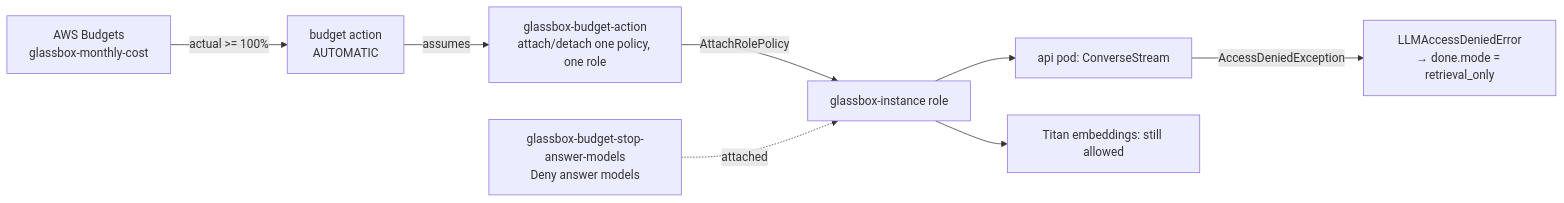
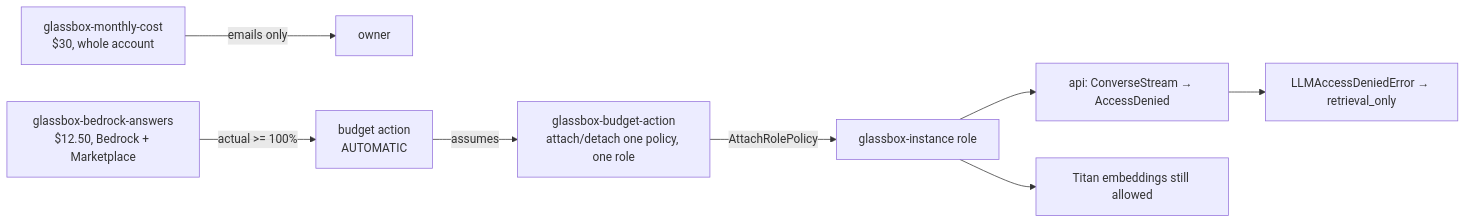
Before and after one commit to hacka-tron/basel.engineering: the diagram in project/status/2026-10-05-1106-budget-guardrail.md, drawn with Mermaid. The commit also changed other lines of this file and 5 other files, not shown here.

First line of the commit message:
docs: two budgets, the Bedrock + Marketplace filter and its trade-off

````diff
--- a/project/status/2026-10-05-1106-budget-guardrail.md
+++ b/project/status/2026-10-05-1106-budget-guardrail.md
@@ -23,10 +38,10 @@
 ```mermaid
 flowchart LR
-  B[AWS Budgets<br/>glassbox-monthly-cost] -- "actual >= 100%" --> A[budget action<br/>AUTOMATIC]
-  A -- "assumes" --> R[glassbox-budget-action<br/>attach/detach one policy, one role]
-  R -- "AttachRolePolicy" --> I[glassbox-instance role]
-  P[glassbox-budget-stop-answer-models<br/>Deny answer models] -.attached.-> I
-  I --> N[api pod: ConverseStream]
-  N -- AccessDeniedException --> E[LLMAccessDeniedError<br/>→ done.mode = retrieval_only]
-  I --> T[Titan embeddings: still allowed]
+  A[glassbox-monthly-cost<br/>$30, whole account] -- emails only --> E[owner]
+  B[glassbox-bedrock-answers<br/>$12.50, Bedrock + Marketplace] -- "actual >= 100%" --> X[budget action<br/>AUTOMATIC]
+  X -- assumes --> R[glassbox-budget-action<br/>attach/detach one policy, one role]
+  R -- AttachRolePolicy --> I[glassbox-instance role]
+  I --> N[api: ConverseStream → AccessDenied]
+  N --> D[LLMAccessDeniedError → retrieval_only]
+  I --> T[Titan embeddings still allowed]
 ```
````
